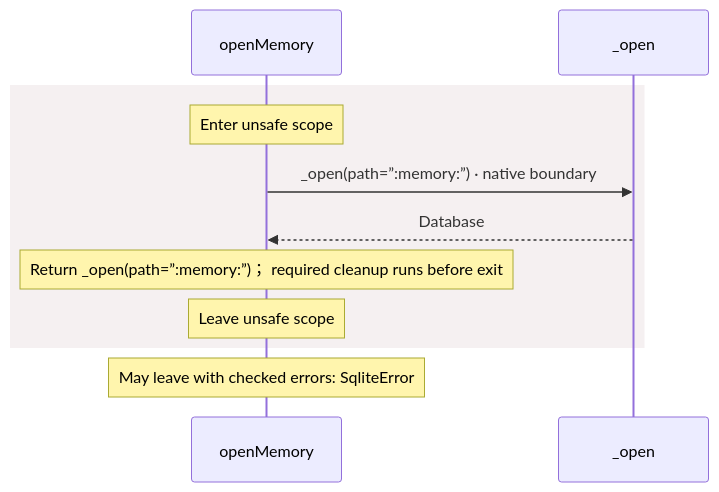
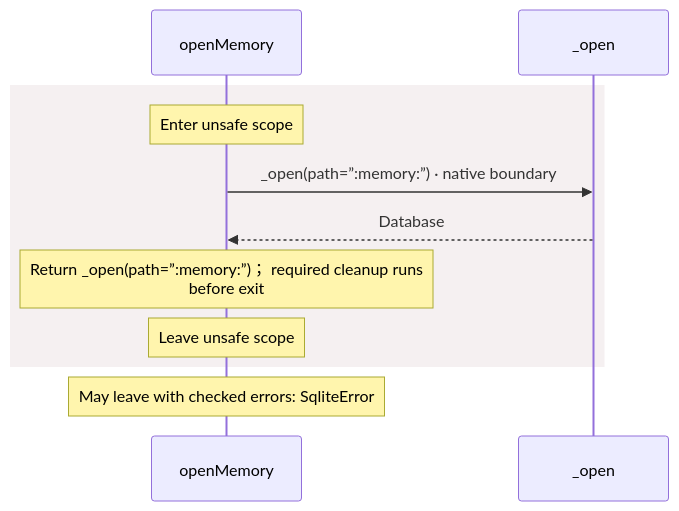
Before and after one commit to GreenPandaStudios/augscript: the fifth of 7 diagrams in docs/examples/native-sqlite/dependencies/packages/@greenpandastudios/aug-sqlite/0.1.5/api-diagrams.md, drawn with Mermaid. The commit also changed other lines of this file and 200 other files, not shown here.

Commit message:
Group imported operations and wrap readable sequence messages

````diff
--- a/docs/examples/native-sqlite/dependencies/packages/@greenpandastudios/aug-sqlite/0.1.5/api-diagrams.md
+++ b/docs/examples/native-sqlite/dependencies/packages/@greenpandastudios/aug-sqlite/0.1.5/api-diagrams.md
@@ -131,13 +131,13 @@
 ```mermaid
 sequenceDiagram
     participant p0 as openMemory
     participant p1 as _open
     rect rgb(245, 240, 241)
     Note over p0: Enter unsafe scope
     p0->>p1: _open(path=”:memory:”) · native boundary
     p1-->>p0: Database
-    Note over p0: Return _open(path=”:memory:”)； required cleanup runs before exit
+    Note over p0: Return _open(path=”:memory:”)； required cleanup runs<br/>before exit
     Note over p0: Leave unsafe scope
     end
     Note over p0: May leave with checked errors: SqliteError
 ```
````
